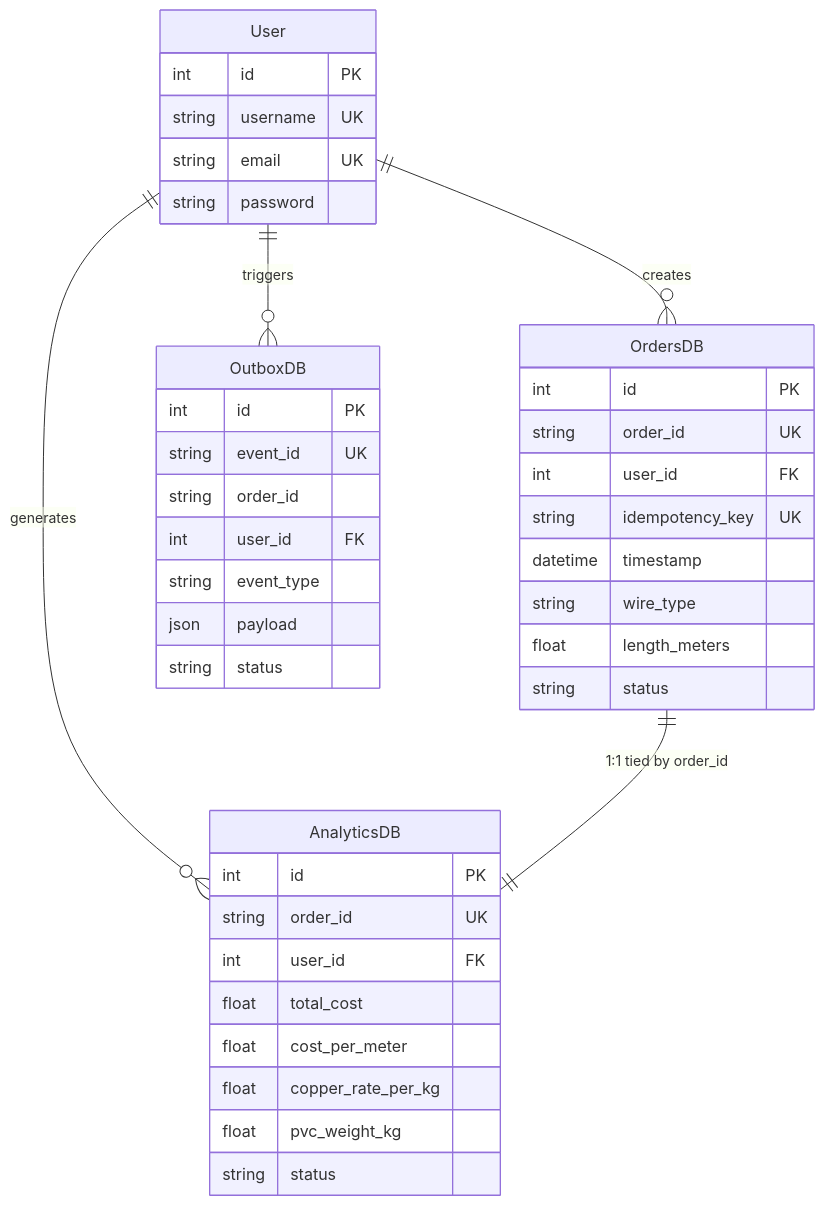
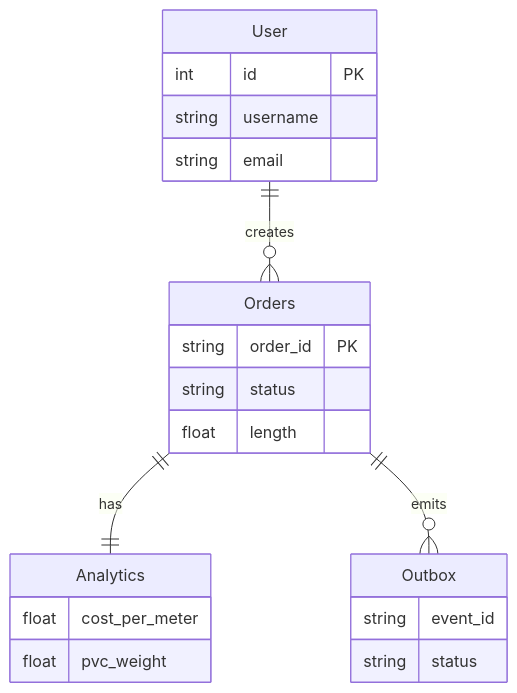
One commit to Akshat2734/WireDesk---Custom-Wire-Configurator-Production-Order-Display changed the third of 4 diagrams in README.md. Above: the diagram before and after it, drawn with Mermaid. The commit also changed other lines of this file, not shown here.

````diff
--- a/README.md
+++ b/README.md
@@ -91,46 +82,28 @@
-```mermaid
+``` mermaid
 erDiagram
-    User ||--o{ OrdersDB : creates
-    User ||--o{ AnalyticsDB : generates
-    User ||--o{ OutboxDB : triggers
-    OrdersDB ||--|| AnalyticsDB : "1:1 tied by order_id"
+User ||--o{ Orders : creates
+Orders ||--|| Analytics : has
+Orders ||--o{ Outbox : emits
 
-    User {
-        int id PK
-        string username UK
-        string email UK
-        string password
-    }
+User{
+int id PK
+string username
+string email
+}
 
-    OrdersDB {
-        int id PK
-        string order_id UK
-        int user_id FK
-        string idempotency_key UK
-        datetime timestamp
-        string wire_type
-        float length_meters
-        string status
-    }
+Orders{
+string order_id PK
+string status
+float length
+}
 
-    AnalyticsDB {
-        int id PK
-        string order_id UK
-        int user_id FK
-        float total_cost
-        float cost_per_meter
-        float copper_rate_per_kg
-        float pvc_weight_kg
-        string status
-    }
+Analytics{
+float cost_per_meter
+float pvc_weight
+}
 
-    OutboxDB {
-        int id PK
-        string event_id UK
-        string order_id
-        int user_id FK
-        string event_type
-        json payload
-        string status
-    }
+Outbox{
+string event_id
+string status
+}
 ```
````
